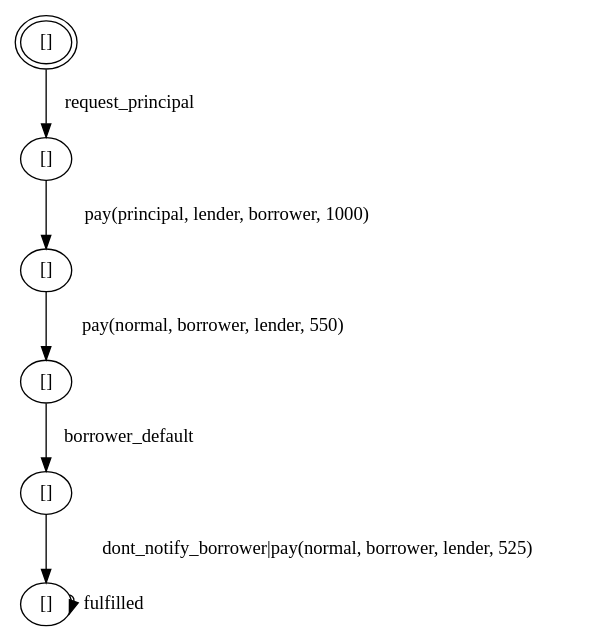
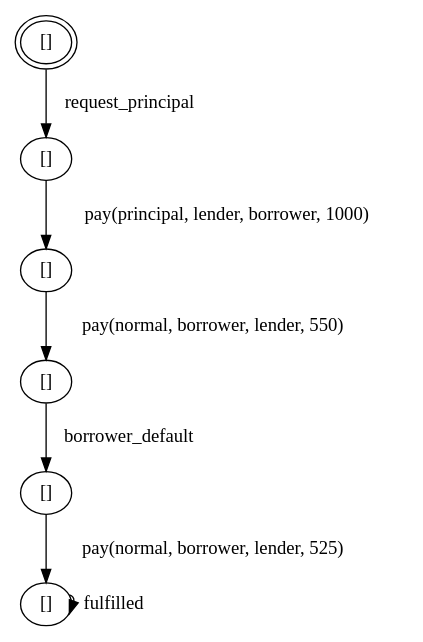
The diagram in joe/mcrl2/projects/contract_as_automaton/workdir/verification_evidence/prop6/prop6.evidence.dot (smucclaw/sandbox), drawn with Graphviz before and after one commit. The commit also changed 38 other files, not shown here.

```diff
--- a/joe/mcrl2/projects/contract_as_automaton/workdir/verification_evidence/prop6/prop6.evidence.dot
+++ b/joe/mcrl2/projects/contract_as_automaton/workdir/verification_evidence/prop6/prop6.evidence.dot
@@ -1,19 +1,19 @@
 digraph G {
 center = TRUE;
 mclimit = 10.0;
 nodesep = 0.05;
 node [ width=0.25, height=0.25, label="" ];
 s1 [ peripheries=2 ];
 s0 [label="[]"];
 s1 [label="[]"];
 s2 [label="[]"];
 s3 [label="[]"];
 s4 [label="[]"];
 s5 [label="[]"];
-s5->s3[label="dont_notify_borrower|pay(normal, borrower, lender, 525)"];
+s5->s3[label="pay(normal, borrower, lender, 525)"];
 s0->s5[label="borrower_default"];
 s4->s0[label="pay(normal, borrower, lender, 550)"];
 s3->s3[label="fulfilled"];
 s2->s4[label="pay(principal, lender, borrower, 1000)"];
 s1->s2[label="request_principal"];
 }
```
